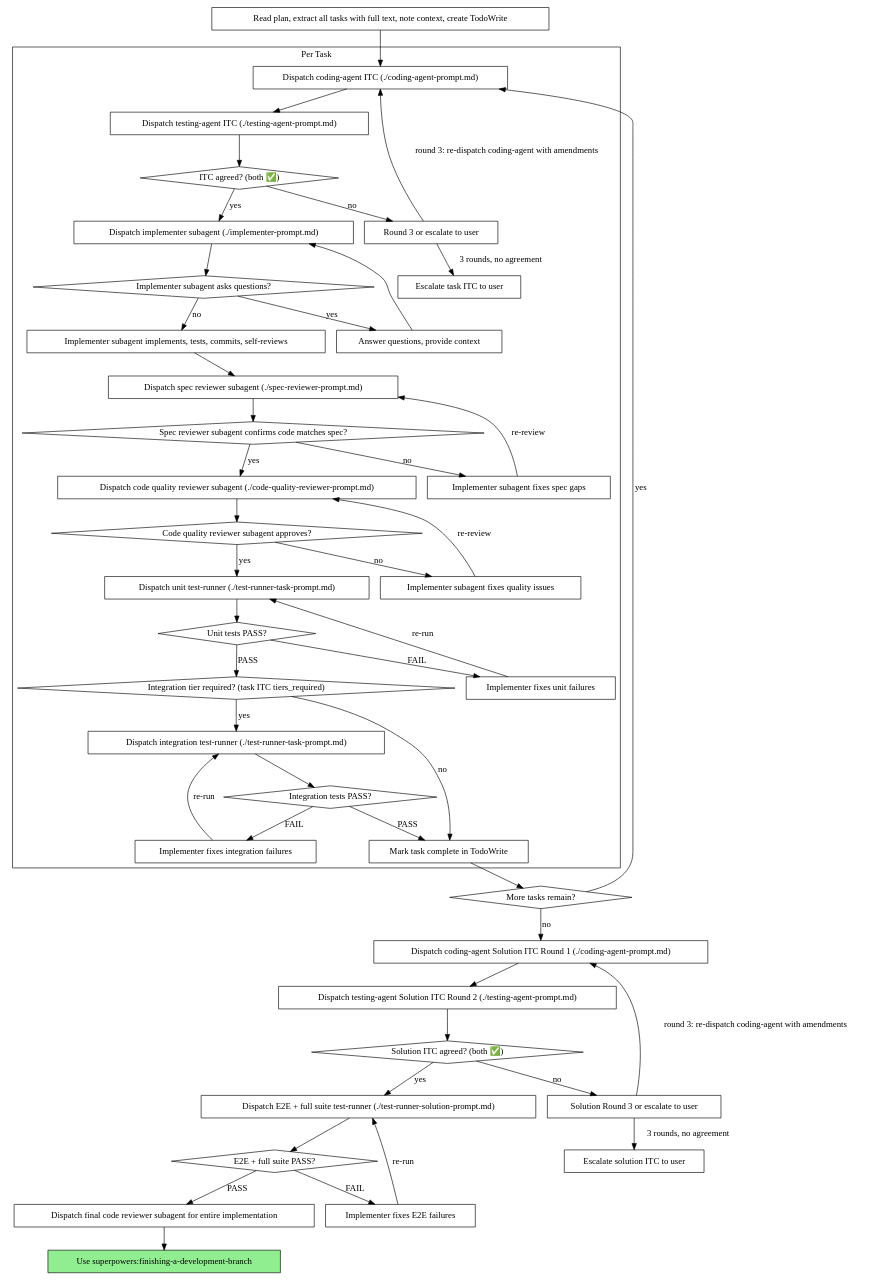
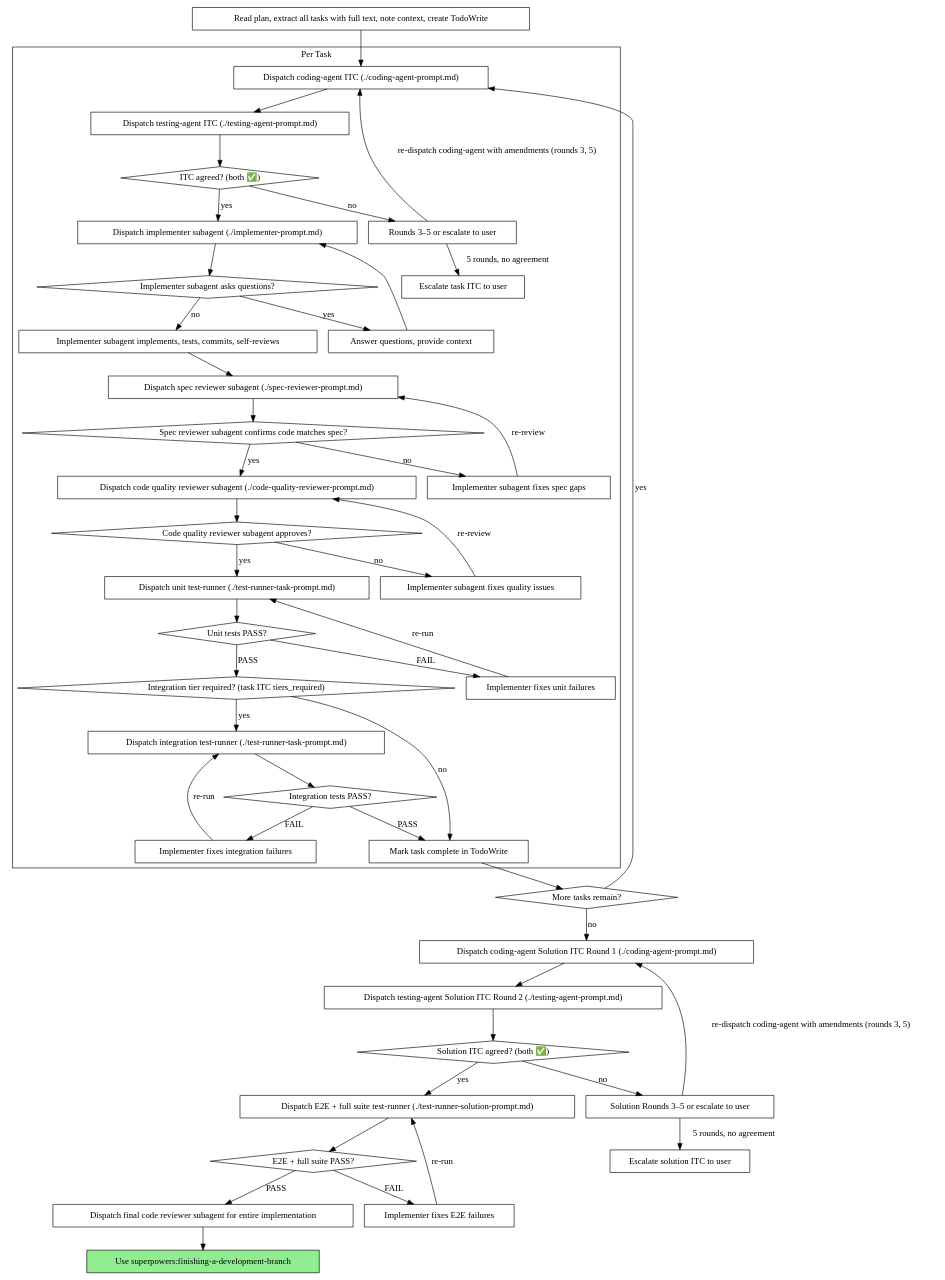
Before and after one commit to truongnn-ai/superpowers-dev: the second of 2 diagrams in skills/subagent-driven-development/SKILL.md, drawn with Graphviz. The commit also changed other lines of this file and 2 other files, not shown here.

Commit message:
feat: expand ITC negotiation from 3 to 5 rounds before escalation
Negotiation now allows 2 full back-and-forth turns (rounds 1-4) plus
one final round (round 5) before escalating to the user. Odd rounds
are coding-agent turns; even rounds are testing-agent turns.

```diff
--- a/skills/subagent-driven-development/SKILL.md
+++ b/skills/subagent-driven-development/SKILL.md
@@ -50,7 +50,7 @@
         "Dispatch coding-agent ITC (./coding-agent-prompt.md)" [shape=box];
         "Dispatch testing-agent ITC (./testing-agent-prompt.md)" [shape=box];
         "ITC agreed? (both ✅)" [shape=diamond];
-        "Round 3 or escalate to user" [shape=box];
+        "Rounds 3–5 or escalate to user" [shape=box];
         "Escalate task ITC to user" [shape=box];
         "Dispatch implementer subagent (./implementer-prompt.md)" [shape=box];
         "Implementer subagent asks questions?" [shape=diamond];
@@ -77,7 +77,7 @@
     "Dispatch coding-agent Solution ITC Round 1 (./coding-agent-prompt.md)" [shape=box];
     "Dispatch testing-agent Solution ITC Round 2 (./testing-agent-prompt.md)" [shape=box];
     "Solution ITC agreed? (both ✅)" [shape=diamond];
-    "Solution Round 3 or escalate to user" [shape=box];
+    "Solution Rounds 3–5 or escalate to user" [shape=box];
     "Escalate solution ITC to user" [shape=box];
     "Dispatch E2E + full suite test-runner (./test-runner-solution-prompt.md)" [shape=box];
     "E2E + full suite PASS?" [shape=diamond];
@@ -89,9 +89,9 @@
     "Dispatch coding-agent ITC (./coding-agent-prompt.md)" -> "Dispatch testing-agent ITC (./testing-agent-prompt.md)";
     "Dispatch testing-agent ITC (./testing-agent-prompt.md)" -> "ITC agreed? (both ✅)";
     "ITC agreed? (both ✅)" -> "Dispatch implementer subagent (./implementer-prompt.md)" [label="yes"];
-    "ITC agreed? (both ✅)" -> "Round 3 or escalate to user" [label="no"];
-    "Round 3 or escalate to user" -> "Dispatch coding-agent ITC (./coding-agent-prompt.md)" [label="round 3: re-dispatch coding-agent with amendments"];
-    "Round 3 or escalate to user" -> "Escalate task ITC to user" [label="3 rounds, no agreement"];
+    "ITC agreed? (both ✅)" -> "Rounds 3–5 or escalate to user" [label="no"];
+    "Rounds 3–5 or escalate to user" -> "Dispatch coding-agent ITC (./coding-agent-prompt.md)" [label="re-dispatch coding-agent with amendments (rounds 3, 5)"];
+    "Rounds 3–5 or escalate to user" -> "Escalate task ITC to user" [label="5 rounds, no agreement"];
     "Dispatch implementer subagent (./implementer-prompt.md)" -> "Implementer subagent asks questions?";
     "Implementer subagent asks questions?" -> "Answer questions, provide context" [label="yes"];
     "Answer questions, provide context" -> "Dispatch implementer subagent (./implementer-prompt.md)";
@@ -121,9 +121,9 @@
     "Dispatch coding-agent Solution ITC Round 1 (./coding-agent-prompt.md)" -> "Dispatch testing-agent Solution ITC Round 2 (./testing-agent-prompt.md)";
     "Dispatch testing-agent Solution ITC Round 2 (./testing-agent-prompt.md)" -> "Solution ITC agreed? (both ✅)";
     "Solution ITC agreed? (both ✅)" -> "Dispatch E2E + full suite test-runner (./test-runner-solution-prompt.md)" [label="yes"];
-    "Solution ITC agreed? (both ✅)" -> "Solution Round 3 or escalate to user" [label="no"];
-    "Solution Round 3 or escalate to user" -> "Dispatch coding-agent Solution ITC Round 1 (./coding-agent-prompt.md)" [label="round 3: re-dispatch coding-agent with amendments"];
-    "Solution Round 3 or escalate to user" -> "Escalate solution ITC to user" [label="3 rounds, no agreement"];
+    "Solution ITC agreed? (both ✅)" -> "Solution Rounds 3–5 or escalate to user" [label="no"];
+    "Solution Rounds 3–5 or escalate to user" -> "Dispatch coding-agent Solution ITC Round 1 (./coding-agent-prompt.md)" [label="re-dispatch coding-agent with amendments (rounds 3, 5)"];
+    "Solution Rounds 3–5 or escalate to user" -> "Escalate solution ITC to user" [label="5 rounds, no agreement"];
     "Dispatch E2E + full suite test-runner (./test-runner-solution-prompt.md)" -> "E2E + full suite PASS?";
     "E2E + full suite PASS?" -> "Implementer fixes E2E failures" [label="FAIL"];
     "Implementer fixes E2E failures" -> "Dispatch E2E + full suite test-runner (./test-runner-solution-prompt.md)" [label="re-run"];
```
